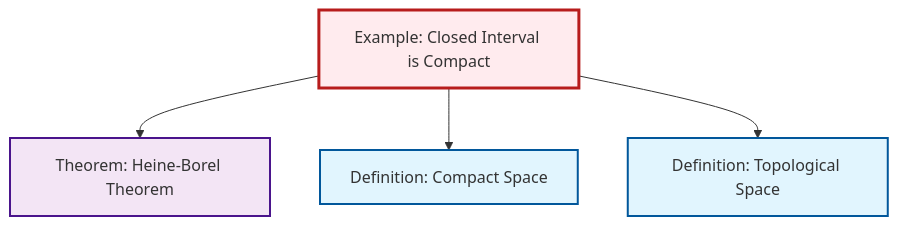
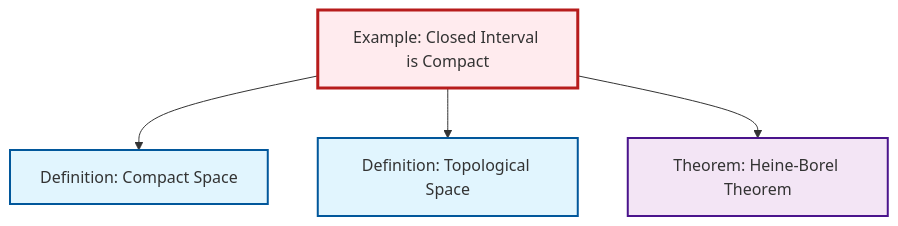
One commit to RK0429/ModernMath changed the diagram in content/en/topology/ex-closed-interval-compact.qmd. Above: the diagram before and after it, drawn with Mermaid. The commit also changed other lines of this file and 328 other files, not shown here.

````diff
--- a/content/en/topology/ex-closed-interval-compact.qmd
+++ b/content/en/topology/ex-closed-interval-compact.qmd
@@ -50,20 +51,20 @@
 ```{mermaid}
 %%| fig-cap: "Local dependency graph"
 graph TD
     classDef definition fill:#e1f5fe,stroke:#01579b,stroke-width:2px
     classDef theorem fill:#f3e5f5,stroke:#4a148c,stroke-width:2px
     classDef axiom fill:#fff3e0,stroke:#e65100,stroke-width:2px
     classDef example fill:#e8f5e9,stroke:#1b5e20,stroke-width:2px
     classDef current fill:#ffebee,stroke:#b71c1c,stroke-width:3px
+    thm-heine-borel["Theorem: Heine-Borel Theorem"]:::theorem
+    ex-closed-interval-compact["Example: Closed Interval is Compact"]:::example
+    def-compact["Definition: Compact Space"]:::definition
     def-topological-space["Definition: Topological Space"]:::definition
-    def-compact["Definition: Compact Space"]:::definition
-    ex-closed-interval-compact["Example: Closed Interval is Compact"]:::example
-    thm-heine-borel["Theorem: Heine-Borel Theorem"]:::theorem
-    ex-closed-interval-compact --> thm-heine-borel
     ex-closed-interval-compact --> def-compact
     ex-closed-interval-compact --> def-topological-space
+    ex-closed-interval-compact --> thm-heine-borel
     class ex-closed-interval-compact current
+    click thm-heine-borel "thm-heine-borel.html" "Go to Heine-Borel Theorem theorem"
+    click def-compact "def-compact.html" "Go to Compact Space definition"
     click def-topological-space "def-topological-space.html" "Go to Topological Space definition"
-    click def-compact "def-compact.html" "Go to Compact Space definition"
-    click thm-heine-borel "thm-heine-borel.html" "Go to Heine-Borel Theorem theorem"
 ```
````
